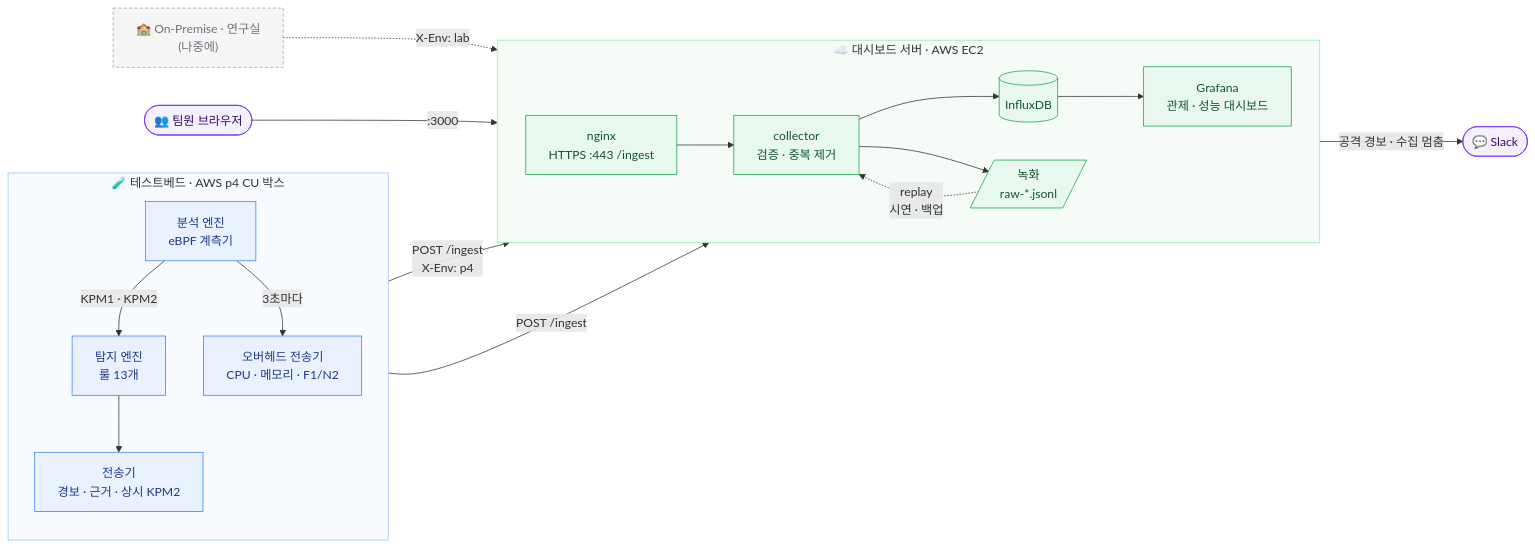
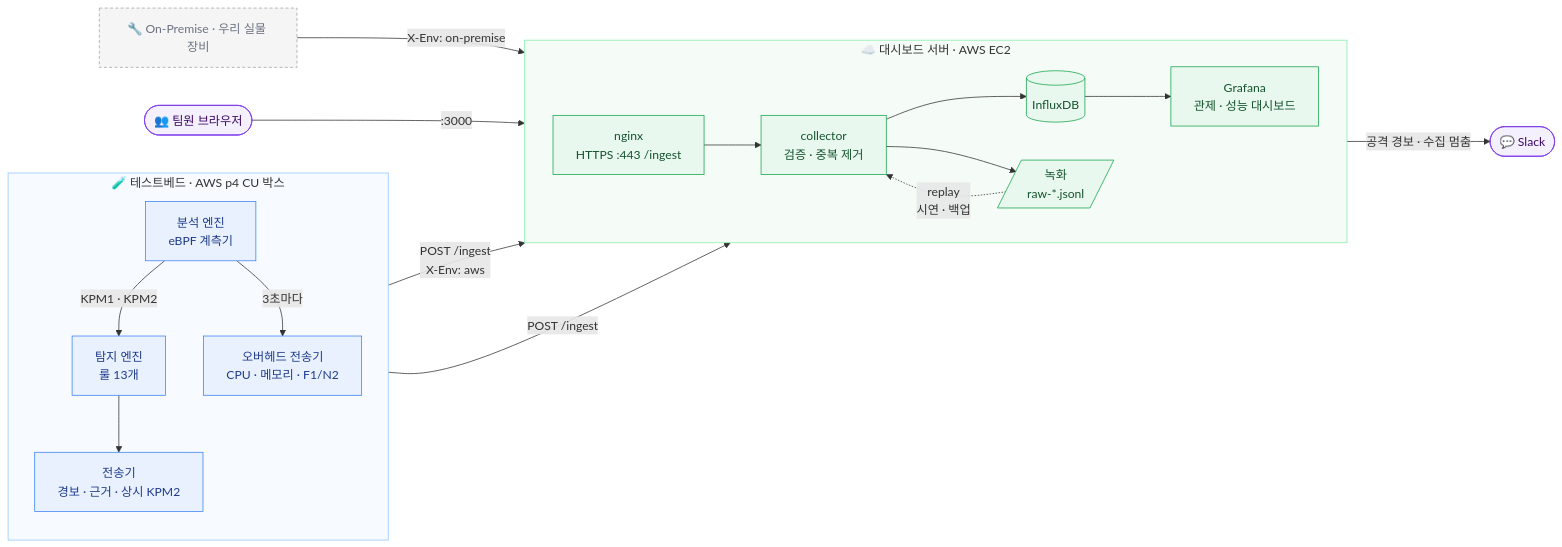
One commit to portranproject/dashboard changed the diagram in README.md. Above: the diagram before and after it, drawn with Mermaid. The commit also changed other lines of this file and 13 other files, not shown here.

First line of the commit message:
대시보드: 데이터 출처 aws·on-premise, Slack에 On-Premise, 경보 목록 룰 열 삭제

````diff
--- a/README.md
+++ b/README.md
@@ -5,40 +5,40 @@
 ```mermaid
 flowchart LR
   subgraph TB["🧪 테스트베드 · AWS p4 CU 박스"]
     direction TB
     EBPF["분석 엔진<br/>eBPF 계측기"]
     DET["탐지 엔진<br/>룰 13개"]
     SEND["전송기<br/>경보 · 근거 · 상시 KPM2"]
     OSEND["오버헤드 전송기<br/>CPU · 메모리 · F1/N2"]
     EBPF -->|"KPM1 · KPM2"| DET --> SEND
     EBPF -->|"3초마다"| OSEND
   end
-  LAB["🏫 On-Premise · 연구실<br/>(나중에)"]
+  LAB["🔧 On-Premise · 우리 실물 장비"]
   subgraph EC2["☁️ 대시보드 서버 · AWS EC2"]
     direction LR
     NGINX["nginx<br/>HTTPS :443 /ingest"]
     COL["collector<br/>검증 · 중복 제거"]
     DB[("InfluxDB")]
     REC[/"녹화<br/>raw-*.jsonl"/]
     G["Grafana<br/>관제 · 성능 대시보드"]
     NGINX --> COL --> DB --> G
     COL --> REC
     REC -.->|"replay<br/>시연 · 백업"| COL
   end
-  SEND -->|"POST /ingest<br/>X-Env: p4"| NGINX
+  SEND -->|"POST /ingest<br/>X-Env: aws"| NGINX
   OSEND -->|"POST /ingest"| NGINX
-  LAB -.->|"X-Env: lab"| NGINX
+  LAB -->|"X-Env: on-premise"| NGINX
   G -->|"공격 경보 · 수집 멈춤"| SLACK(["💬 Slack"])
   USER(["👥 팀원 브라우저"]) -->|":3000"| G
 
   classDef tb fill:#e8f1fd,stroke:#3b82f6,color:#1e3a8a
   classDef srv fill:#e9f8ef,stroke:#16a34a,color:#14532d
   classDef ext fill:#f4f0fd,stroke:#7c3aed,color:#3b0764
   classDef later fill:#f5f5f5,stroke:#9ca3af,color:#6b7280,stroke-dasharray: 4 3
   class EBPF,DET,SEND,OSEND tb
   class NGINX,COL,DB,REC,G srv
   class SLACK,USER ext
   class LAB later
   style TB fill:#f7fbff,stroke:#93c5fd
   style EC2 fill:#f5fcf7,stroke:#86efac
 ```
````
